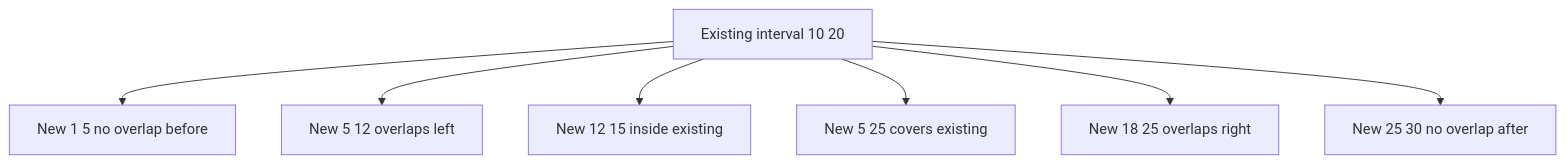
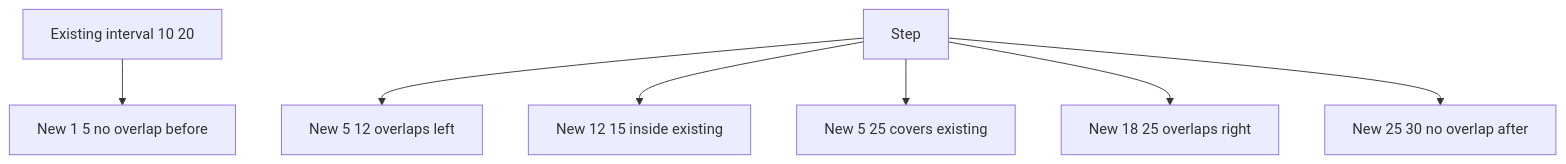
One commit to mthaiseer/springcloud-systemdesign-notes changed diagram 17 of 35 in CP_DSA_NOTES/001_TOPIC_WISE/001_STL_RANGE_QUERY_SWEEPLINE.md. Above: the diagram before and after it, drawn with Mermaid. The commit also changed other lines of this file and 1 other file, not shown here.

````diff
--- a/CP_DSA_NOTES/001_TOPIC_WISE/001_STL_RANGE_QUERY_SWEEPLINE.md
+++ b/CP_DSA_NOTES/001_TOPIC_WISE/001_STL_RANGE_QUERY_SWEEPLINE.md
@@ -1146,9 +1146,9 @@
 ```mermaid
 flowchart TD
-    A["Existing interval 10 20"] --> B["New 1 5 no overlap before"]
-    A --> C["New 5 12 overlaps left"]
-    A --> D["New 12 15 inside existing"]
-    A --> E["New 5 25 covers existing"]
-    A --> F["New 18 25 overlaps right"]
-    A --> G["New 25 30 no overlap after"]
+    N1["Existing interval 10 20"] --> N2["New 1 5 no overlap before"]
+    N3["Step"] --> N4["New 5 12 overlaps left"]
+    N3["Step"] --> N5["New 12 15 inside existing"]
+    N3["Step"] --> N6["New 5 25 covers existing"]
+    N3["Step"] --> N7["New 18 25 overlaps right"]
+    N3["Step"] --> N8["New 25 30 no overlap after"]
 ```
````
